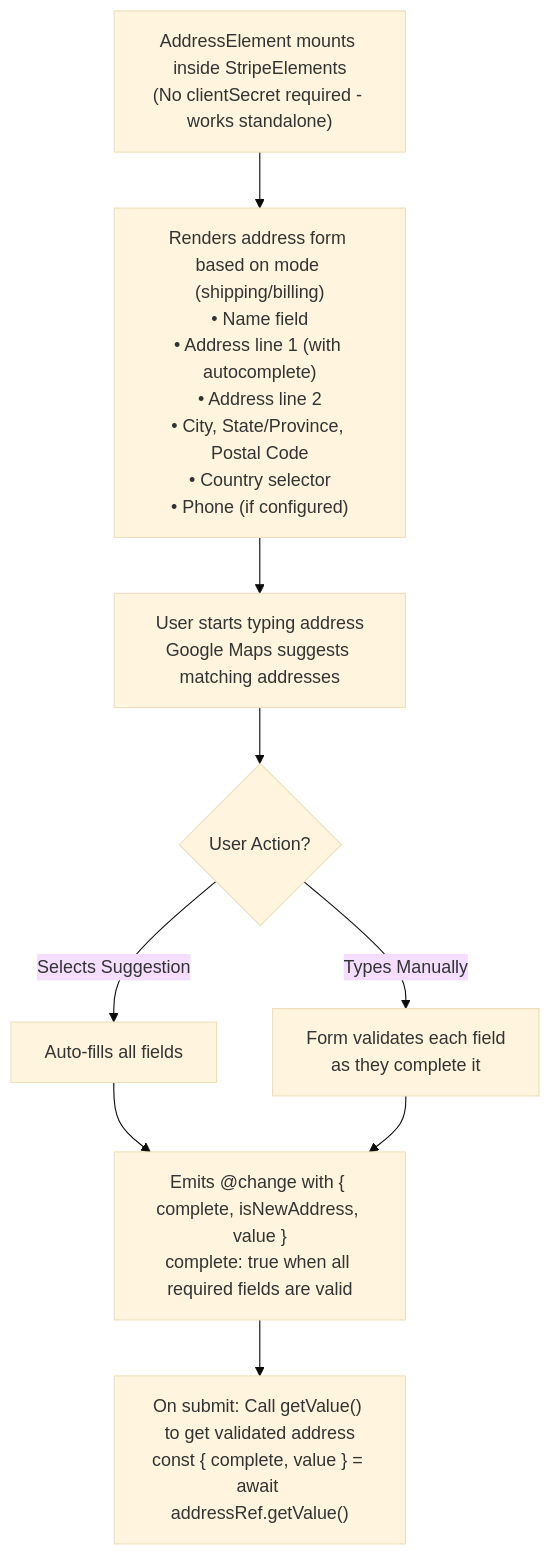
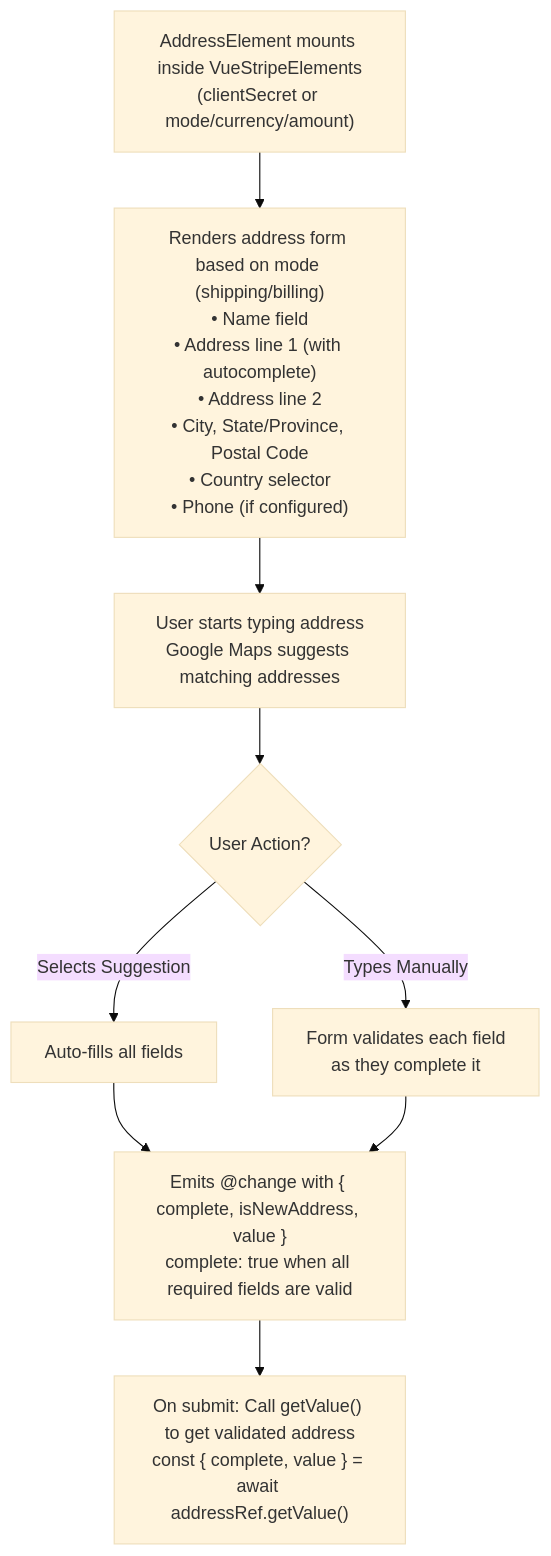
Before and after one commit to vue-stripe/vue-stripe: the diagram in apps/docs/api/components/stripe-address-element.md, drawn with Mermaid (base theme). The commit also changed other lines of this file and 29 other files, not shown here.

First line of the commit message:
docs: api pages for stripe.js 10 (checkout elements sdk, url-only checkout, elements options)

````diff
--- a/apps/docs/api/components/stripe-address-element.md
+++ b/apps/docs/api/components/stripe-address-element.md
@@ -23,11 +27,11 @@
 ```mermaid
 flowchart TD
-    A["AddressElement mounts inside StripeElements<br/>(No clientSecret required - works standalone)"] --> B["Renders address form based on mode (shipping/billing)<br/>• Name field<br/>• Address line 1 (with autocomplete)<br/>• Address line 2<br/>• City, State/Province, Postal Code<br/>• Country selector<br/>• Phone (if configured)"]
+    A["AddressElement mounts inside VueStripeElements<br/>(clientSecret or mode/currency/amount)"] --> B["Renders address form based on mode (shipping/billing)<br/>• Name field<br/>• Address line 1 (with autocomplete)<br/>• Address line 2<br/>• City, State/Province, Postal Code<br/>• Country selector<br/>• Phone (if configured)"]
     B --> C["User starts typing address<br/>Google Maps suggests matching addresses"]
     C --> D{User Action?}
     D -->|Selects Suggestion| E["Auto-fills all fields"]
     D -->|Types Manually| F["Form validates each field<br/>as they complete it"]
     E --> G["Emits @change with { complete, isNewAddress, value }<br/>complete: true when all required fields are valid"]
     F --> G
     G --> H["On submit: Call getValue() to get validated address<br/>const { complete, value } = await addressRef.getValue()"]
 ```
````
